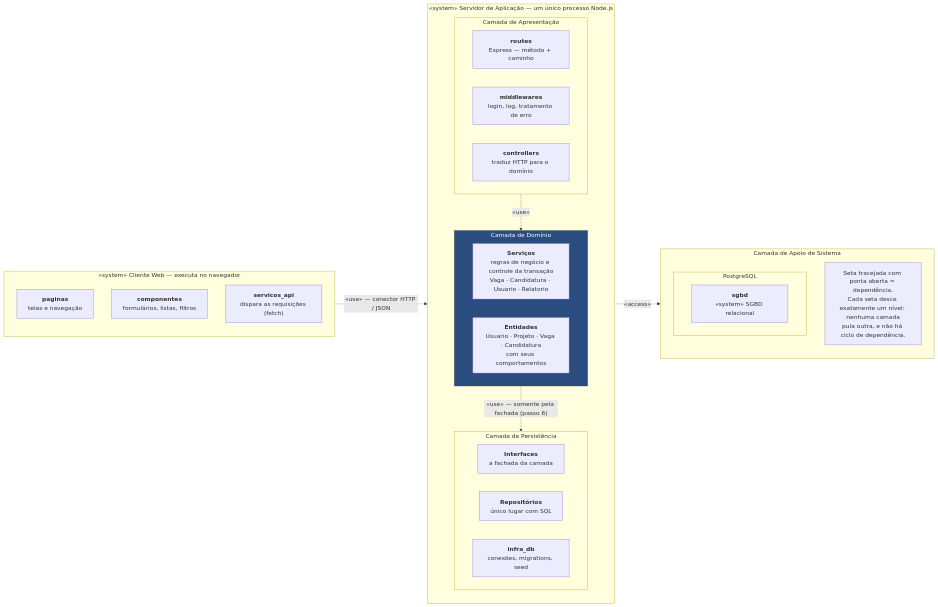
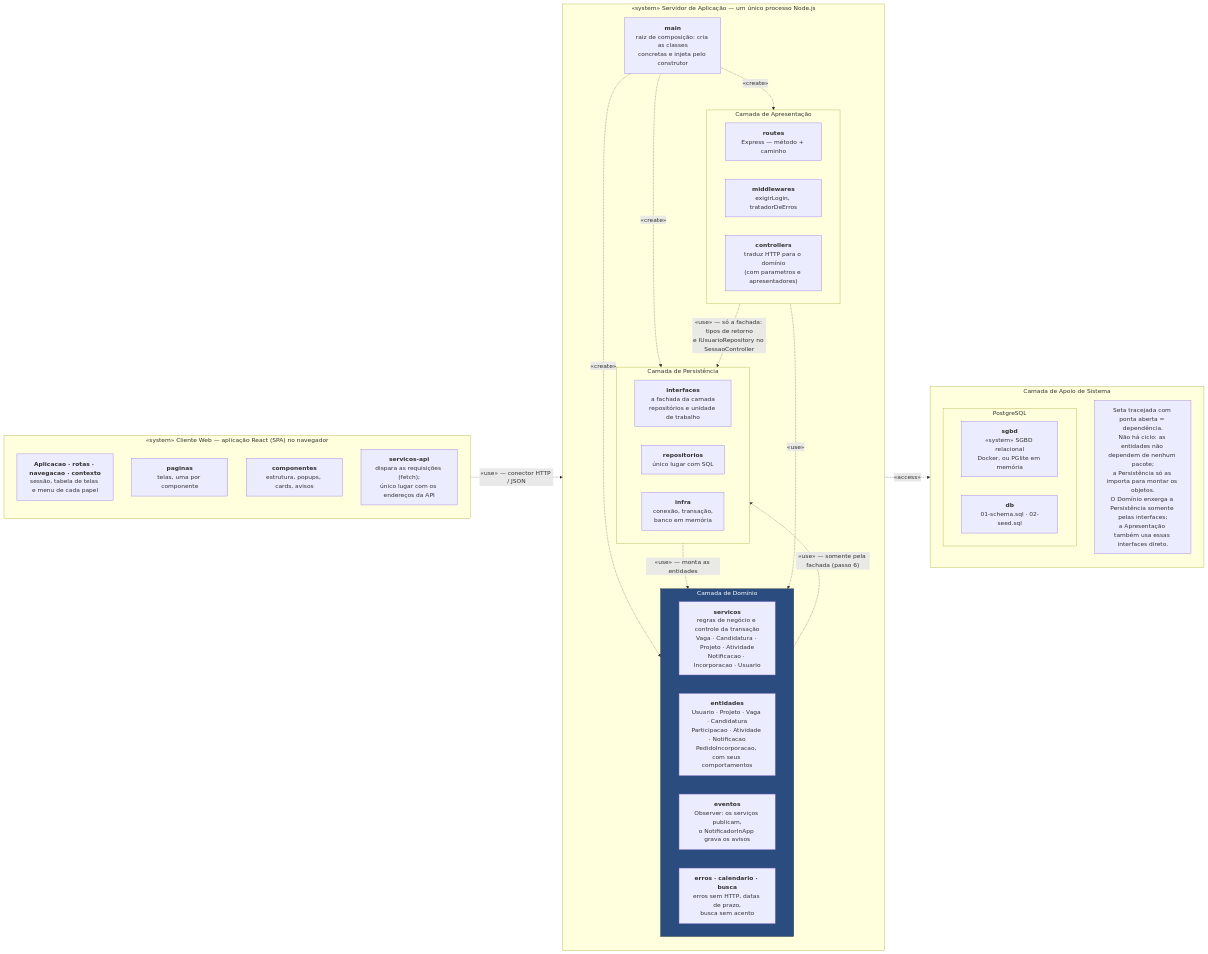
One commit to joaopaulo902/software-engineering-proj changed the diagram in diagrams/pacotes/package.mmd. Above: the diagram before and after it, drawn with Mermaid. The commit also changed 19 other files, not shown here.

Commit message:
update all diagrams to the new necessities

```diff
--- a/diagrams/pacotes/package.mmd
+++ b/diagrams/pacotes/package.mmd
@@ -1,50 +1,61 @@
 flowchart LR
 
-    subgraph ClienteWeb ["&laquo;system&raquo; Cliente Web — executa no navegador"]
+    subgraph ClienteWeb ["&laquo;system&raquo; Cliente Web — aplicação React (SPA) no navegador"]
         direction TB
-        paginas["<b>paginas</b><br>telas e navegação"]
-        componentes["<b>componentes</b><br>formulários, listas, filtros"]
-        servicos_api["<b>servicos_api</b><br>dispara as requisições (fetch)"]
+        aplicacao["<b>Aplicacao · rotas · navegacao · contexto</b><br>sessão, tabela de telas e menu de cada papel"]
+        paginas["<b>paginas</b><br>telas, uma por componente"]
+        componentes["<b>componentes</b><br>estrutura, popups, cards, avisos"]
+        servicos_api["<b>servicos-api</b><br>dispara as requisições (fetch);<br>único lugar com os endereços da API"]
     end
 
     subgraph ServidorAplicacao ["&laquo;system&raquo; Servidor de Aplicação — um único processo Node.js"]
         direction TB
 
+        main["<b>main</b><br>raiz de composição: cria as classes<br>concretas e injeta pelo construtor"]
+
         subgraph Apresentacao ["Camada de Apresentação"]
             direction LR
             routes["<b>routes</b><br>Express — método + caminho"]
-            middlewares["<b>middlewares</b><br>login, log, tratamento de erro"]
-            controllers["<b>controllers</b><br>traduz HTTP para o domínio"]
+            middlewares["<b>middlewares</b><br>exigirLogin, tratadorDeErros"]
+            controllers["<b>controllers</b><br>traduz HTTP para o domínio<br>(com parametros e apresentadores)"]
         end
 
         subgraph Dominio ["Camada de Domínio"]
             direction LR
-            Servicos["<b>Serviços</b><br>regras de negócio e controle da transação<br>Vaga · Candidatura · Usuario · Relatorio"]
-            Entidades["<b>Entidades</b><br>Usuario · Projeto · Vaga · Candidatura<br>com seus comportamentos"]
+            Servicos["<b>servicos</b><br>regras de negócio e controle da transação<br>Vaga · Candidatura · Projeto · Atividade<br>Notificacao · Incorporacao · Usuario"]
+            Entidades["<b>entidades</b><br>Usuario · Projeto · Vaga · Candidatura<br>Participacao · Atividade · Notificacao<br>PedidoIncorporacao, com seus comportamentos"]
+            eventos["<b>eventos</b><br>Observer: os serviços publicam,<br>o NotificadorInApp grava os avisos"]
+            apoio_dominio["<b>erros · calendario · busca</b><br>erros sem HTTP, datas de prazo,<br>busca sem acento"]
         end
 
         subgraph Persistencia ["Camada de Persistência"]
             direction LR
-            Interfaces["<b>Interfaces</b><br>a fachada da camada"]
-            Repositorios["<b>Repositórios</b><br>único lugar com SQL"]
-            infra_db["<b>infra_db</b><br>conexões, migrations, seed"]
+            Interfaces["<b>interfaces</b><br>a fachada da camada<br>repositórios e unidade de trabalho"]
+            Repositorios["<b>repositorios</b><br>único lugar com SQL"]
+            infra["<b>infra</b><br>conexão, transação,<br>banco em memória"]
         end
 
+        main -.-> |"&laquo;create&raquo;"| Apresentacao
+        main -.-> |"&laquo;create&raquo;"| Dominio
+        main -.-> |"&laquo;create&raquo;"| Persistencia
         Apresentacao -.-> |"&laquo;use&raquo;"| Dominio
-        Dominio -.-> |"&laquo;use&raquo; — somente pela fachada (passo 6)"| Persistencia
+        controllers -.-> |"&laquo;use&raquo; — só a fachada: tipos de retorno<br>e IUsuarioRepository no SessaoController"| Interfaces
+        Dominio -.-> |"&laquo;use&raquo; — somente pela fachada (passo 6)"| Interfaces
+        Persistencia -.-> |"&laquo;use&raquo; — monta as entidades"| Entidades
     end
 
     subgraph Apoio ["Camada de Apoio de Sistema"]
         direction TB
         subgraph postgres ["PostgreSQL"]
-            sgbd["<b>sgbd</b><br>&laquo;system&raquo; SGBD relacional"]
+            sgbd["<b>sgbd</b><br>&laquo;system&raquo; SGBD relacional<br>Docker, ou PGlite em memória"]
+            scripts_db["<b>db</b><br>01-schema.sql · 02-seed.sql"]
         end
-        note1["Seta tracejada com ponta aberta = dependência.<br>Cada seta desce exatamente um nível: nenhuma camada<br>pula outra, e não há ciclo de dependência."]
+        note1["Seta tracejada com ponta aberta = dependência.<br>Não há ciclo: as entidades não dependem de nenhum pacote;<br>a Persistência só as importa para montar os objetos.<br>O Domínio enxerga a Persistência somente pelas interfaces;<br>a Apresentação também usa essas interfaces direto."]
     end
 
 %% Relacionamentos (Conectando os nós e camadas externas)
     servicos_api -.-> |"&laquo;use&raquo; — conector HTTP / JSON"| routes
     Persistencia -.-> |"&laquo;access&raquo;"| Apoio
 
 %% Estilização (Ajustado o contraste para facilitar a leitura nos slides)
     style Dominio fill:#2b4c7e,color:#fff,stroke:#333,stroke-width:1px
```
